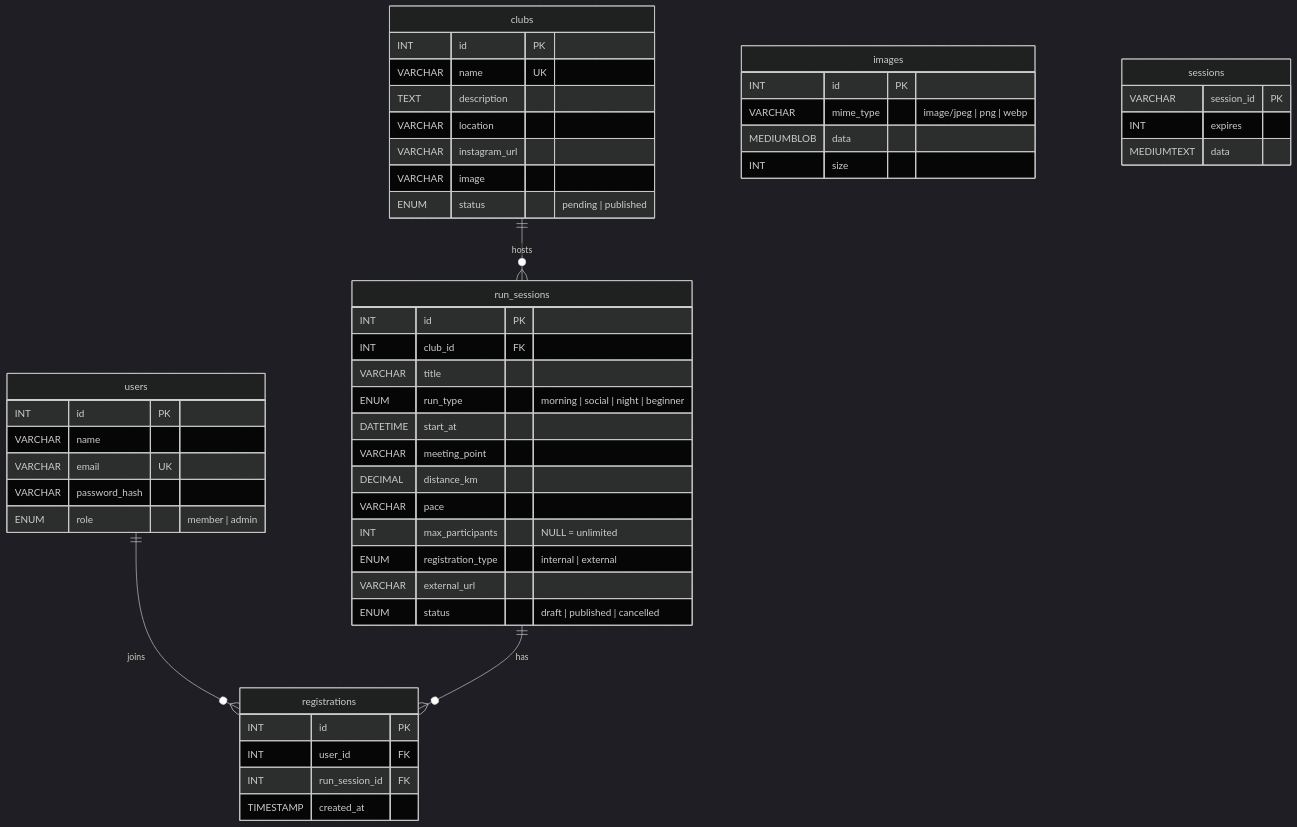
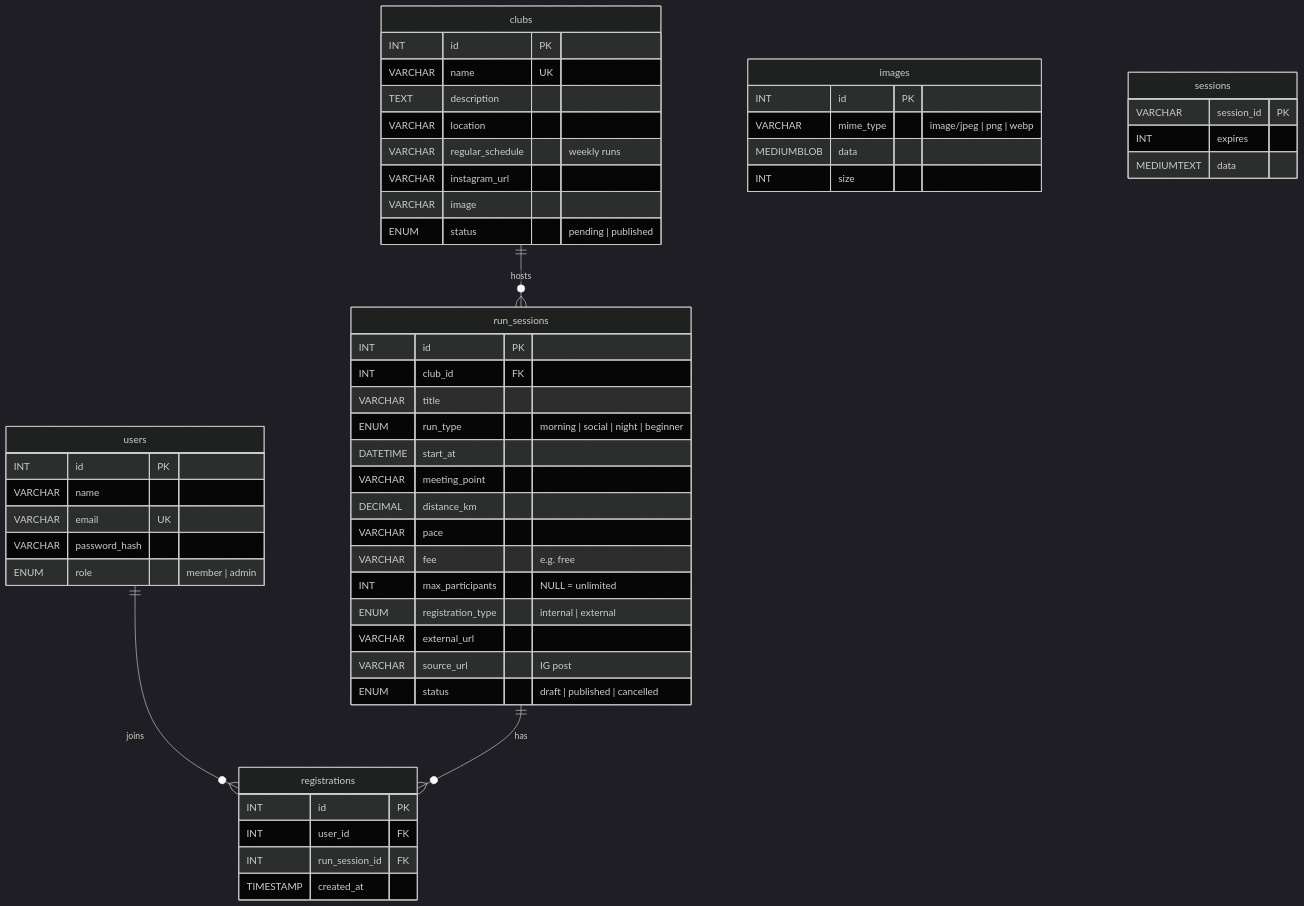
One commit to pakamonnoey/runclubver2 changed the diagram in database/README.md. Above: the diagram before and after it, drawn with Mermaid (dark theme). The commit also changed 14 other files, not shown here.

First line of the commit message:
Add club regular schedule, event fee and source link; tolerant migrations

````diff
--- a/database/README.md
+++ b/database/README.md
@@ -7,54 +7,57 @@
 ```mermaid
 erDiagram
     users ||--o{ registrations : "joins"
     clubs ||--o{ run_sessions : "hosts"
     run_sessions ||--o{ registrations : "has"
 
     users {
         INT id PK
         VARCHAR name
         VARCHAR email UK
         VARCHAR password_hash
         ENUM role "member | admin"
     }
     clubs {
         INT id PK
         VARCHAR name UK
         TEXT description
         VARCHAR location
+        VARCHAR regular_schedule "weekly runs"
         VARCHAR instagram_url
         VARCHAR image
         ENUM status "pending | published"
     }
     run_sessions {
         INT id PK
         INT club_id FK
         VARCHAR title
         ENUM run_type "morning | social | night | beginner"
         DATETIME start_at
         VARCHAR meeting_point
         DECIMAL distance_km
         VARCHAR pace
+        VARCHAR fee "e.g. free"
         INT max_participants "NULL = unlimited"
         ENUM registration_type "internal | external"
         VARCHAR external_url
+        VARCHAR source_url "IG post"
         ENUM status "draft | published | cancelled"
     }
     registrations {
         INT id PK
         INT user_id FK
         INT run_session_id FK
         TIMESTAMP created_at
     }
     images {
         INT id PK
         VARCHAR mime_type "image/jpeg | png | webp"
         MEDIUMBLOB data
         INT size
     }
     sessions {
         VARCHAR session_id PK
         INT expires
         MEDIUMTEXT data
     }
 ```
````
